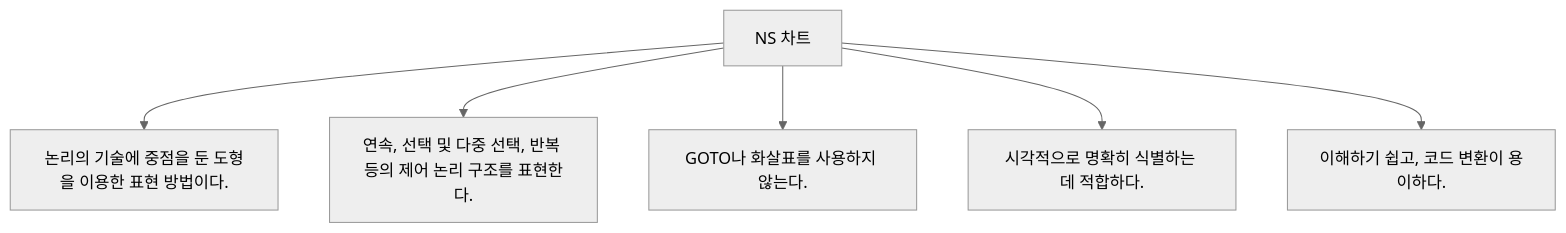
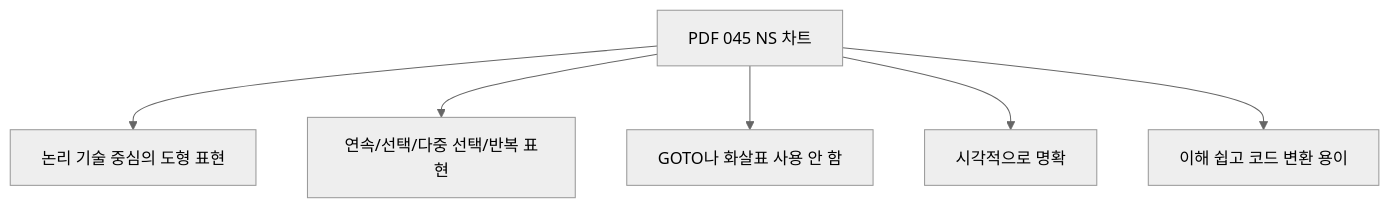
The third of 10 diagrams in 정보처리기사/1과목 소프트웨어 설계/045 NS 차트/045 NS 차트.md (nes0903/study), drawn with Mermaid (neutral theme) before and after one commit. The commit also changed other lines of this file and 318 other files, not shown here.

````diff
--- a/정보처리기사/1과목 소프트웨어 설계/045 NS 차트/045 NS 차트.md
+++ b/정보처리기사/1과목 소프트웨어 설계/045 NS 차트/045 NS 차트.md
@@ -13,9 +61,9 @@
 ```mermaid
 flowchart TD
-    A["NS 차트"]
-    A --> N1["논리의 기술에 중점을 둔 도형을 이용한 표현 방법이다."]
-    A --> N2["연속, 선택 및 다중 선택, 반복 등의 제어 논리 구조를 표현한다."]
-    A --> N3["GOTO나 화살표를 사용하지 않는다."]
-    A --> N4["시각적으로 명확히 식별하는 데 적합하다."]
-    A --> N5["이해하기 쉽고, 코드 변환이 용이하다."]
+    A["PDF 045 NS 차트"]
+    A --> B["논리 기술 중심의 도형 표현"]
+    A --> C["연속/선택/다중 선택/반복 표현"]
+    A --> D["GOTO나 화살표 사용 안 함"]
+    A --> E["시각적으로 명확"]
+    A --> F["이해 쉽고 코드 변환 용이"]
 ```
````
